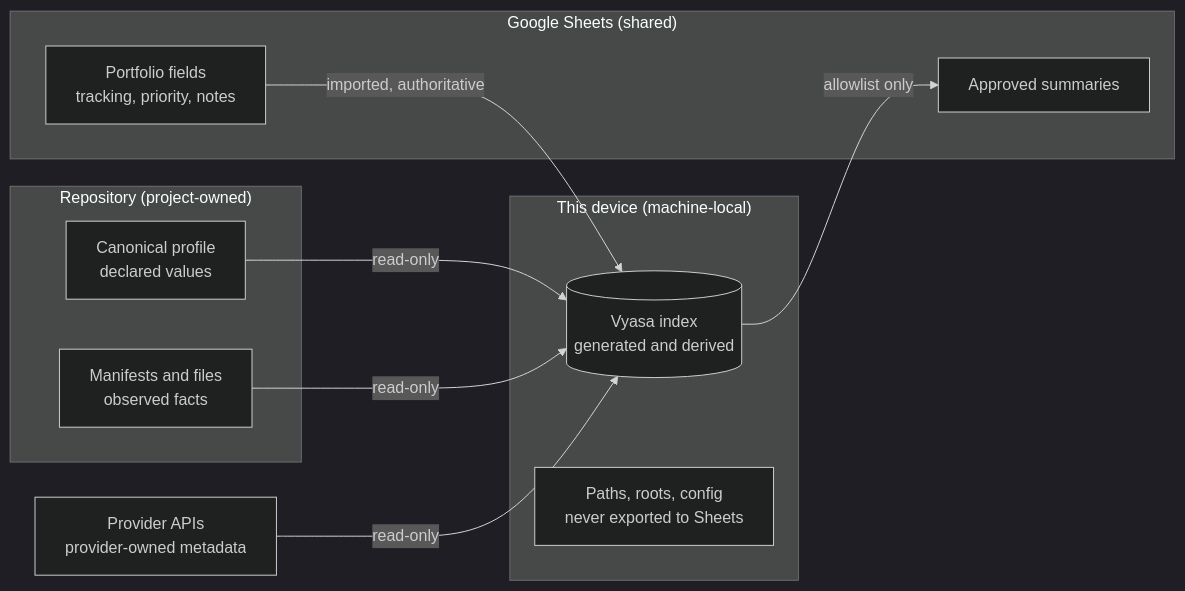
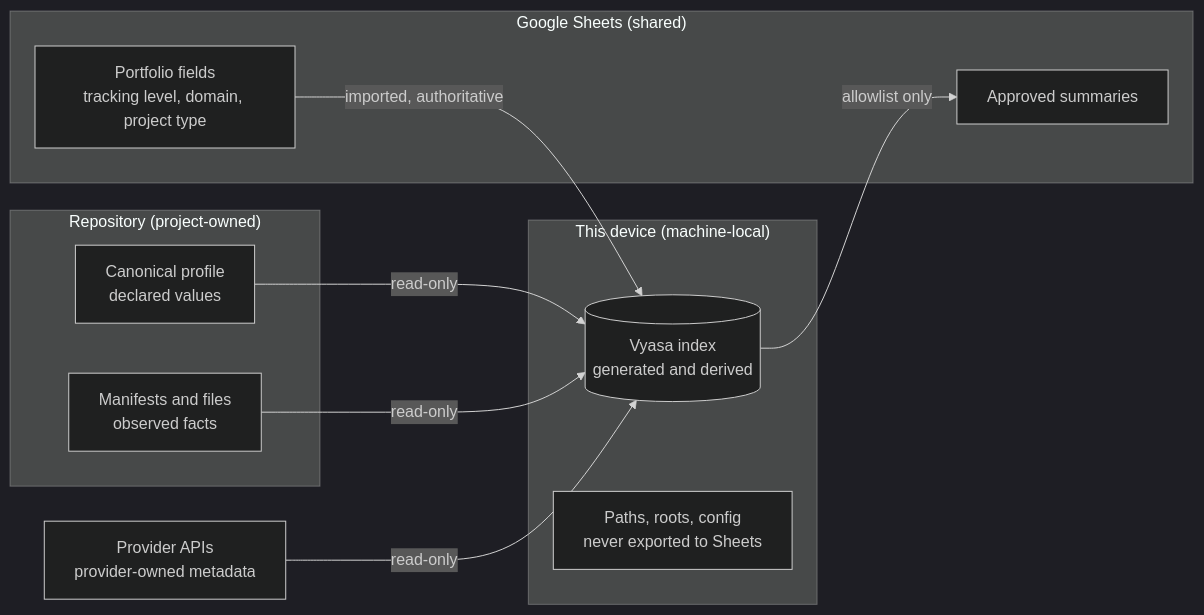
The diagram in docs/requirements/data-ownership/diagrams.md (NikhilVijayakumar/Vyasa), drawn with Mermaid (dark theme) before and after one commit. The commit also changed 16 other files, not shown here.

````diff
--- a/docs/requirements/data-ownership/diagrams.md
+++ b/docs/requirements/data-ownership/diagrams.md
@@ -8,21 +8,21 @@
 ```mermaid
 flowchart LR
   subgraph Repo["Repository (project-owned)"]
     PF[Canonical profile<br/>declared values]
     MF[Manifests and files<br/>observed facts]
   end
   subgraph Local["This device (machine-local)"]
     IDX[(Vyasa index<br/>generated and derived)]
     LP[Paths, roots, config<br/>never exported to Sheets]
   end
   subgraph Shared["Google Sheets (shared)"]
     SUM[Approved summaries]
-    PORT[Portfolio fields<br/>tracking, priority, notes]
+    PORT[Portfolio fields<br/>tracking level, domain, project type]
   end
   PROV[Provider APIs<br/>provider-owned metadata]
   PF -->|read-only| IDX
   MF -->|read-only| IDX
   PROV -->|read-only| IDX
   IDX -->|allowlist only| SUM
   PORT -->|imported, authoritative| IDX
 ```
````
